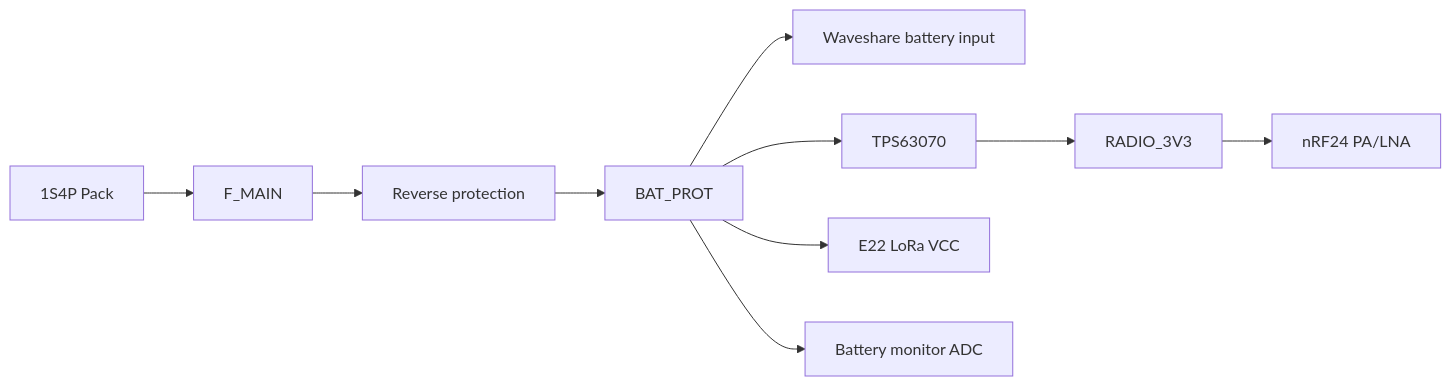
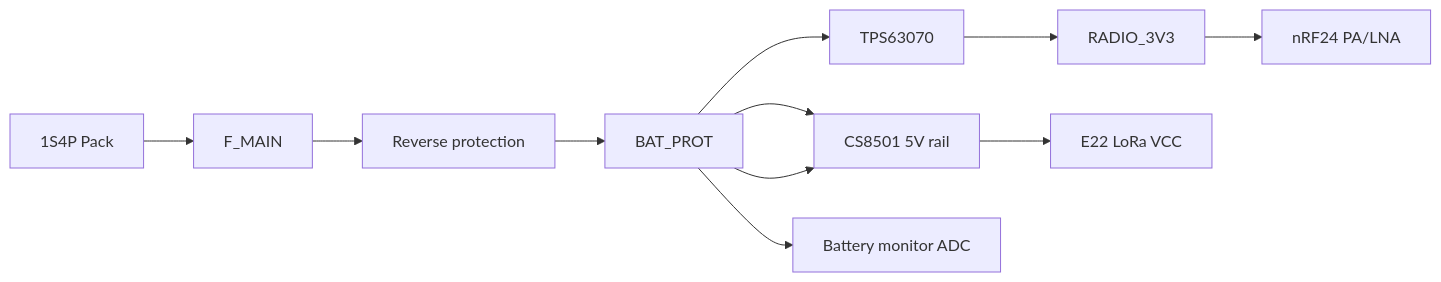
Before and after one commit to vankatad4-hue/BaitBoat-Update: the first of 2 diagrams in Remote/New_Handheld_Remote/PCB/REMOTE_BLOCK_AND_POWER_SCHEMATICS_R1.md, drawn with Mermaid. The commit also changed other lines of this file, not shown here.

Commit message:
Update remote block diagram with 5V E22 supply

````diff
--- a/Remote/New_Handheld_Remote/PCB/REMOTE_BLOCK_AND_POWER_SCHEMATICS_R1.md
+++ b/Remote/New_Handheld_Remote/PCB/REMOTE_BLOCK_AND_POWER_SCHEMATICS_R1.md
@@ -4,12 +4,13 @@
 ```mermaid
 flowchart LR
  PACK[1S4P Pack] --> F[F_MAIN]
  F --> Q[Reverse protection]
  Q --> BAT[BAT_PROT]
  BAT --> W[Waveshare battery input]
  BAT --> TPS[TPS63070]
  TPS --> R3[RADIO_3V3]
  R3 --> NRF[nRF24 PA/LNA]
- BAT --> LORA[E22 LoRa VCC]
+ BAT --> W[CS8501 5V rail]
+ W --> LORA[E22 LoRa VCC]
  BAT --> MON[Battery monitor ADC]
 ```
````
